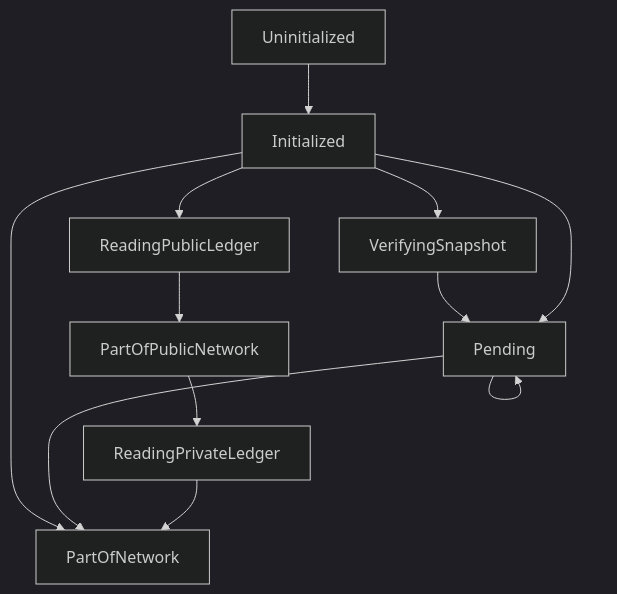
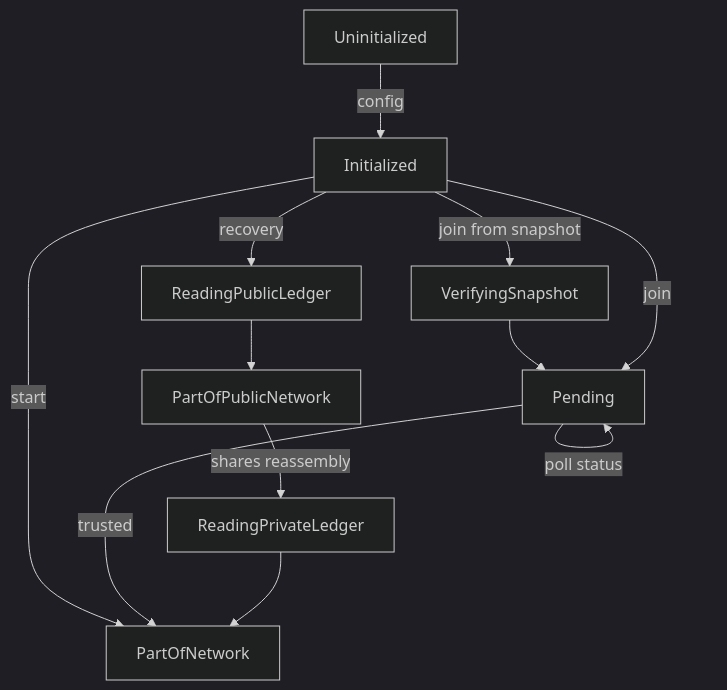
Before and after one commit to microsoft/CCF: the diagram in doc/audit/node_state.rst, drawn with Mermaid (dark theme).

Commit message:
Add node state machine to doc

```diff
--- a/doc/audit/node_state.rst
+++ b/doc/audit/node_state.rst
@@ -4,14 +4,14 @@
 .. mermaid::
 
     graph TB;
-        Uninitialized-->Initialized;
-        Initialized-->PartOfNetwork;
-        Initialized-->VerifyingSnapshot;
+        Uninitialized-- config -->Initialized;
+        Initialized-- start -->PartOfNetwork;
+        Initialized-- join from snapshot -->VerifyingSnapshot;
         VerifyingSnapshot-->Pending;
-        Initialized-->Pending;
-        Pending-->Pending;
-        Pending-->PartOfNetwork;
-        Initialized-->ReadingPublicLedger;
+        Initialized-- join -->Pending;
+        Pending-- poll status -->Pending;
+        Pending-- trusted -->PartOfNetwork;
+        Initialized-- recovery -->ReadingPublicLedger;
         ReadingPublicLedger-->PartOfPublicNetwork;
-        PartOfPublicNetwork-->ReadingPrivateLedger;
+        PartOfPublicNetwork-- shares reassembly -->ReadingPrivateLedger;
         ReadingPrivateLedger-->PartOfNetwork;
```
